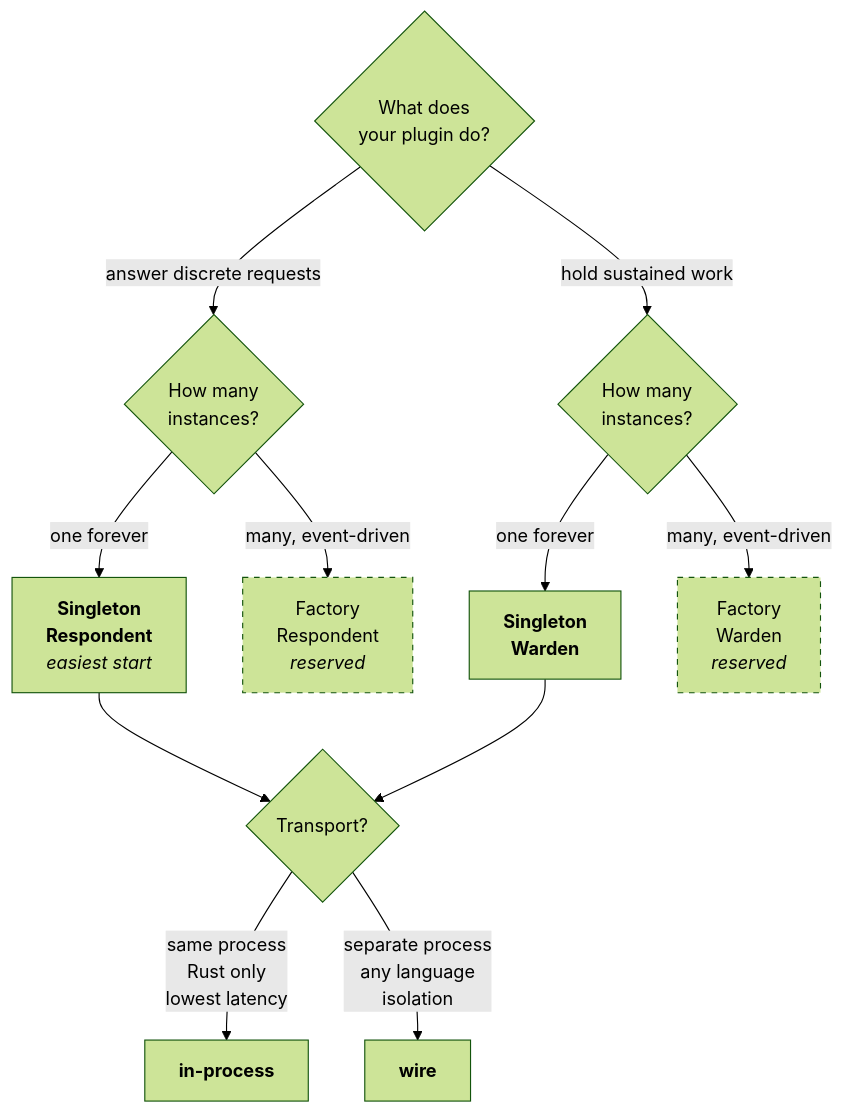
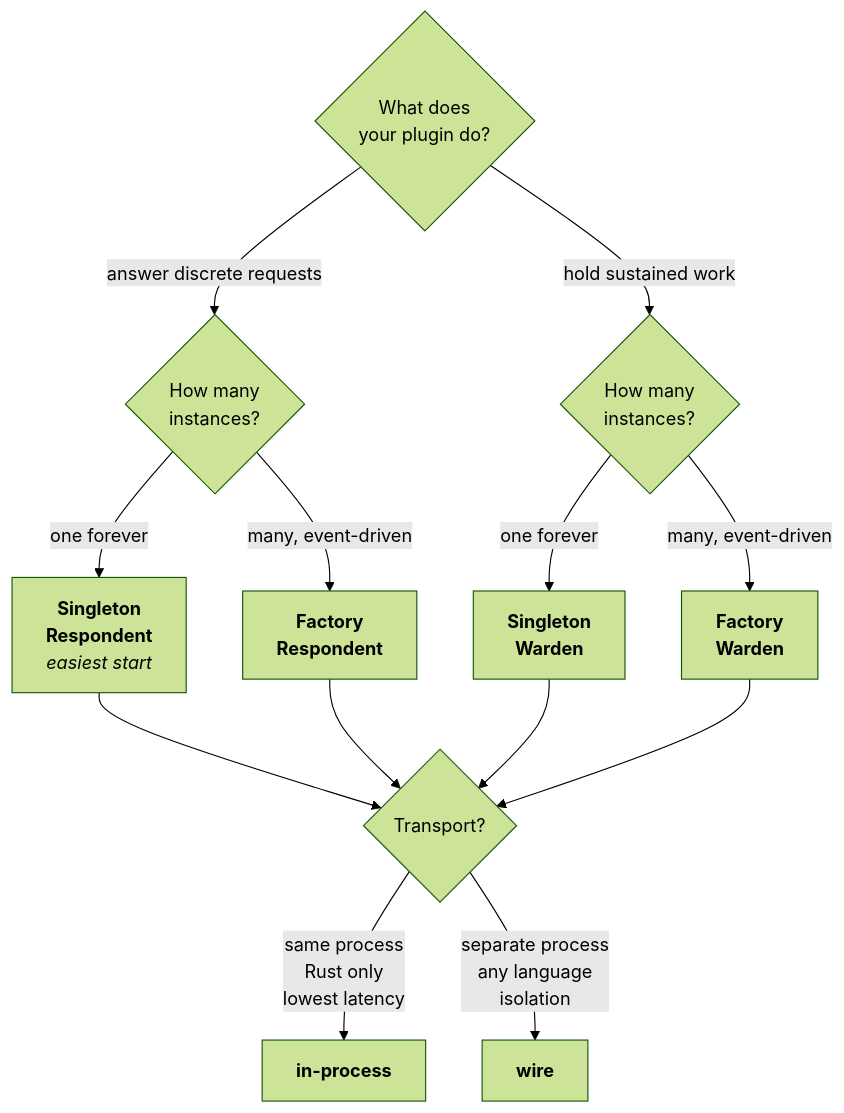
Before and after one commit to foonerd/evo-core: the diagram in docs/engineering/PLUGIN_AUTHORING.md, drawn with Mermaid (forest theme). The commit also changed other lines of this file and 159 other files, not shown here.

````diff
--- a/docs/engineering/PLUGIN_AUTHORING.md
+++ b/docs/engineering/PLUGIN_AUTHORING.md
@@ -32,20 +32,19 @@
 ```mermaid
 flowchart TD
     Q1{What does<br/>your plugin do?}
     Q1 -->|answer discrete requests| R{How many<br/>instances?}
     Q1 -->|hold sustained work| W{How many<br/>instances?}
 
     R -->|one forever| SR[<b>Singleton<br/>Respondent</b><br/><i>easiest start</i>]
-    R -->|many, event-driven| FR[Factory<br/>Respondent<br/><i>reserved</i>]
+    R -->|many, event-driven| FR[<b>Factory<br/>Respondent</b>]
     W -->|one forever| SW[<b>Singleton<br/>Warden</b>]
-    W -->|many, event-driven| FW[Factory<br/>Warden<br/><i>reserved</i>]
+    W -->|many, event-driven| FW[<b>Factory<br/>Warden</b>]
 
     SR --> T{Transport?}
     SW --> T
+    FR --> T
+    FW --> T
 
     T -->|same process<br/>Rust only<br/>lowest latency| IP[<b>in-process</b>]
     T -->|separate process<br/>any language<br/>isolation| WT[<b>wire</b>]
-
-    style FR stroke-dasharray: 5 5
-    style FW stroke-dasharray: 5 5
 ```
````
